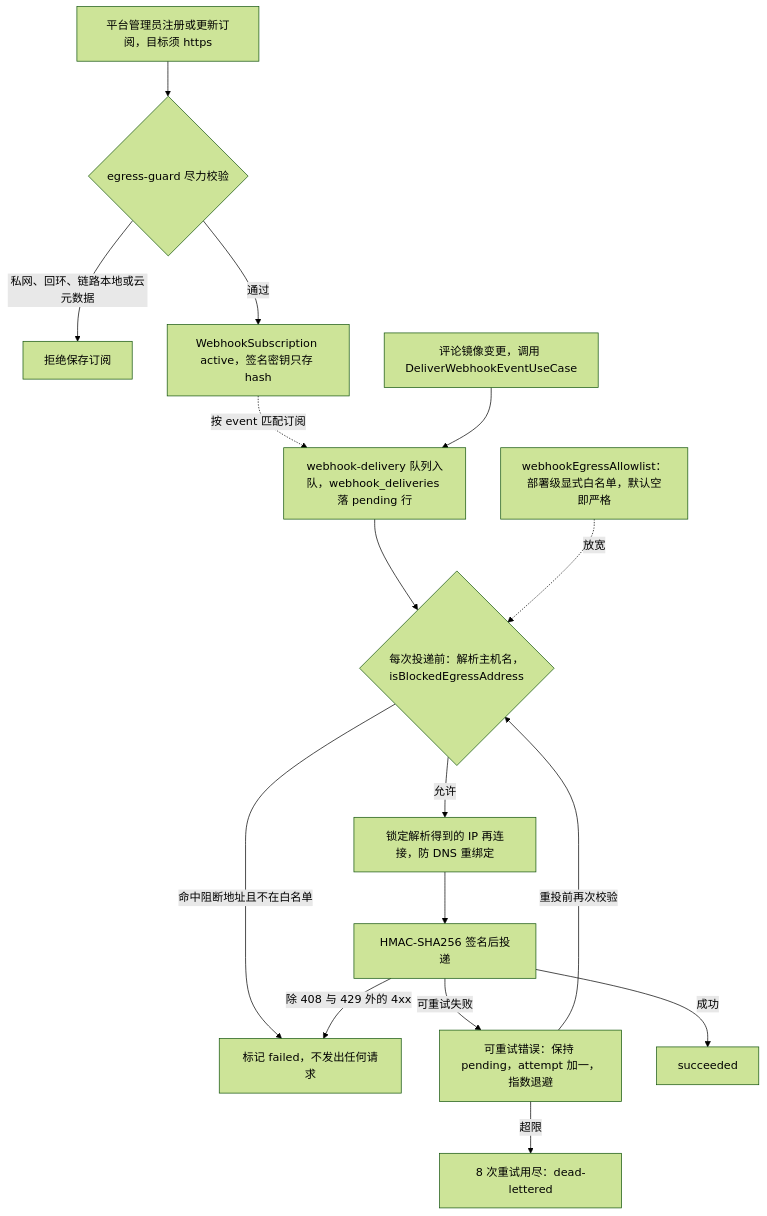
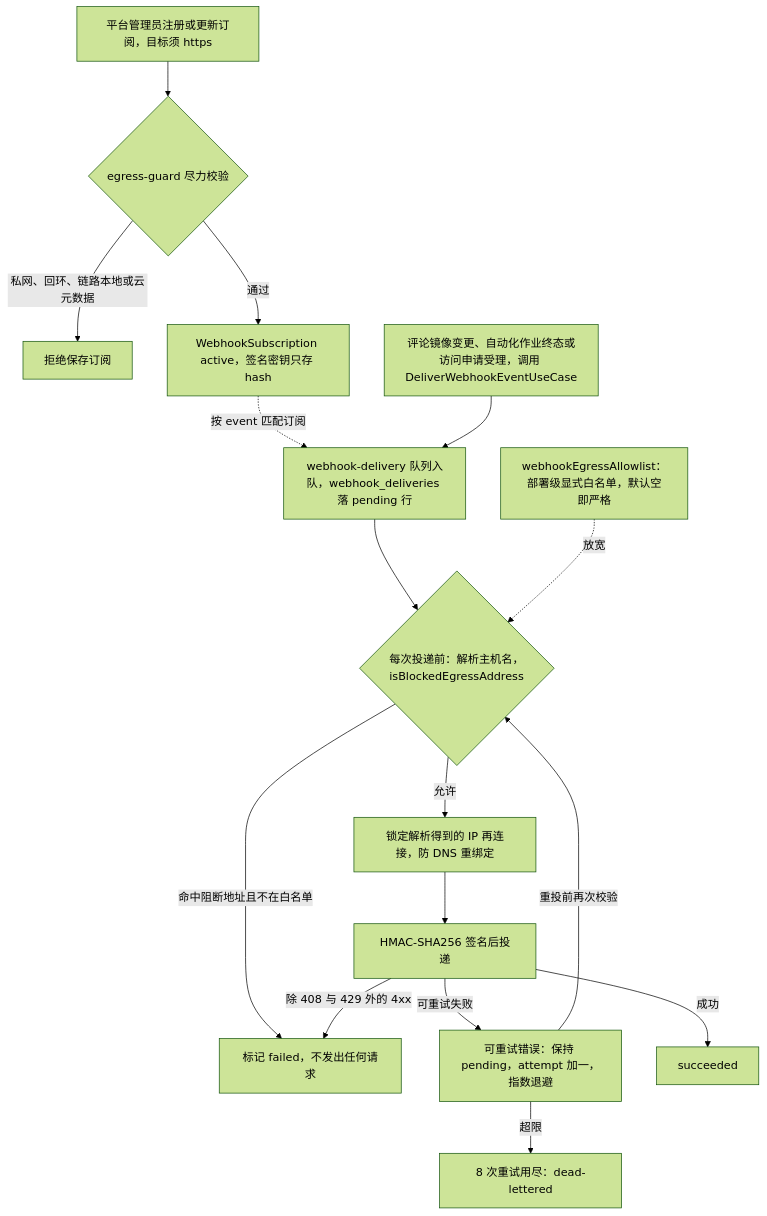
Before and after one commit to Xeonice/cordis-ppt-editor: diagram 46 of 46 in docs/40-modules/19-atlas-backend-and-data.md, drawn with Mermaid (forest theme). The commit also changed other lines of this file and 43 other files, not shown here.

````diff
--- a/docs/40-modules/19-atlas-backend-and-data.md
+++ b/docs/40-modules/19-atlas-backend-and-data.md
@@ -1738,32 +1742,32 @@
 ```mermaid
 flowchart TB
   reg["平台管理员注册或更新订阅，目标须 https"]
   g1{"egress-guard 尽力校验"}
   rej["拒绝保存订阅"]
   sub["WebhookSubscription active，签名密钥只存 hash"]
-  evt["评论镜像变更，调用 DeliverWebhookEventUseCase"]
+  evt["评论镜像变更、自动化作业终态或访问申请受理，调用 DeliverWebhookEventUseCase"]
   enq["webhook-delivery 队列入队，webhook_deliveries 落 pending 行"]
   g2{"每次投递前：解析主机名，isBlockedEgressAddress"}
   fail["标记 failed，不发出任何请求"]
   pin["锁定解析得到的 IP 再连接，防 DNS 重绑定"]
   send["HMAC-SHA256 签名后投递"]
   retry["可重试错误：保持 pending，attempt 加一，指数退避"]
   dead["8 次重试用尽：dead-lettered"]
   ok["succeeded"]
   allow["webhookEgressAllowlist：部署级显式白名单，默认空即严格"]
   reg --> g1
   g1 -- "私网、回环、链路本地或云元数据" --> rej
   g1 -- "通过" --> sub
   sub -. "按 event 匹配订阅" .-> enq
   evt --> enq
   enq --> g2
   g2 -- "命中阻断地址且不在白名单" --> fail
   g2 -- "允许" --> pin
   pin --> send
   send -- "成功" --> ok
   send -- "可重试失败" --> retry
   send -- "除 408 与 429 外的 4xx" --> fail
   retry -- "重投前再次校验" --> g2
   retry -- "超限" --> dead
   allow -. "放宽" .-> g2
 ```
````
